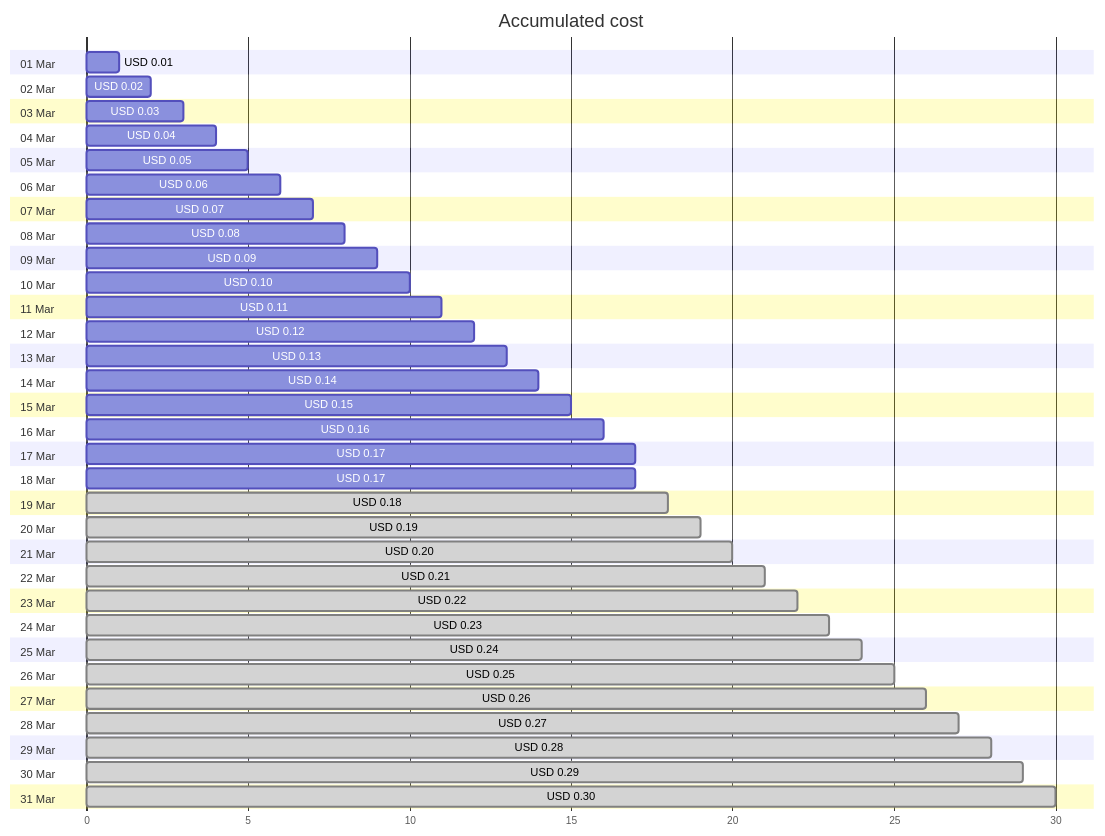
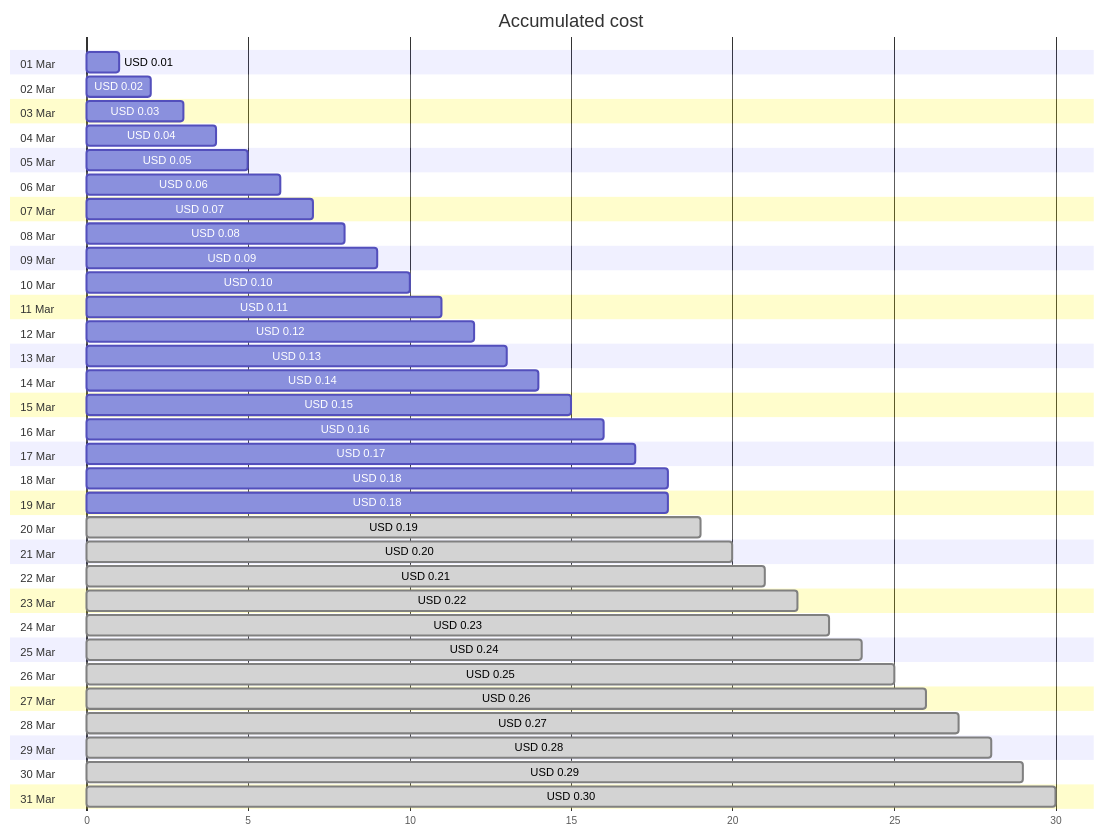
One commit to jpfulton/azure-personal-reports changed the first of 4 diagrams in cost-reports/cloud-shell-storage-eastus/README.md. Above: the diagram before and after it, drawn with Mermaid. The commit also changed other lines of this file and 1 other file, not shown here.

````diff
--- a/cost-reports/cloud-shell-storage-eastus/README.md
+++ b/cost-reports/cloud-shell-storage-eastus/README.md
@@ -20,68 +20,68 @@
 ```mermaid
 gantt
    title Accumulated cost
    dateFormat  X
    axisFormat %s
    section 01 Mar
    USD 0.01 :0, 1
    section 02 Mar
    USD 0.02 :0, 2
    section 03 Mar
    USD 0.03 :0, 3
    section 04 Mar
    USD 0.04 :0, 4
    section 05 Mar
    USD 0.05 :0, 5
    section 06 Mar
    USD 0.06 :0, 6
    section 07 Mar
    USD 0.07 :0, 7
    section 08 Mar
    USD 0.08 :0, 8
    section 09 Mar
    USD 0.09 :0, 9
    section 10 Mar
    USD 0.10 :0, 10
    section 11 Mar
    USD 0.11 :0, 11
    section 12 Mar
    USD 0.12 :0, 12
    section 13 Mar
    USD 0.13 :0, 13
    section 14 Mar
    USD 0.14 :0, 14
    section 15 Mar
    USD 0.15 :0, 15
    section 16 Mar
    USD 0.16 :0, 16
    section 17 Mar
    USD 0.17 :0, 17
    section 18 Mar
-   USD 0.17 :0, 17
+   USD 0.18 :0, 18
    section 19 Mar
-   USD 0.18 : done, 0, 18
+   USD 0.18 :0, 18
    section 20 Mar
    USD 0.19 : done, 0, 19
    section 21 Mar
    USD 0.20 : done, 0, 20
    section 22 Mar
    USD 0.21 : done, 0, 21
    section 23 Mar
    USD 0.22 : done, 0, 22
    section 24 Mar
    USD 0.23 : done, 0, 23
    section 25 Mar
    USD 0.24 : done, 0, 24
    section 26 Mar
    USD 0.25 : done, 0, 25
    section 27 Mar
    USD 0.26 : done, 0, 26
    section 28 Mar
    USD 0.27 : done, 0, 27
    section 29 Mar
    USD 0.28 : done, 0, 28
    section 30 Mar
    USD 0.29 : done, 0, 29
    section 31 Mar
    USD 0.30 : done, 0, 30
 ```
````
